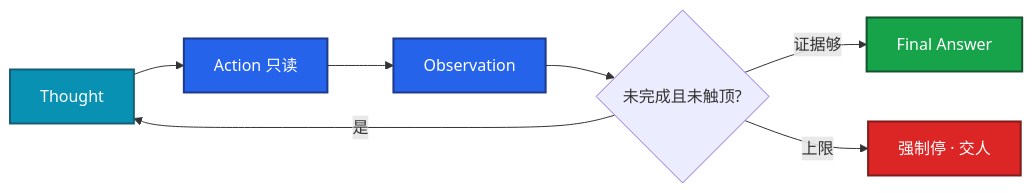
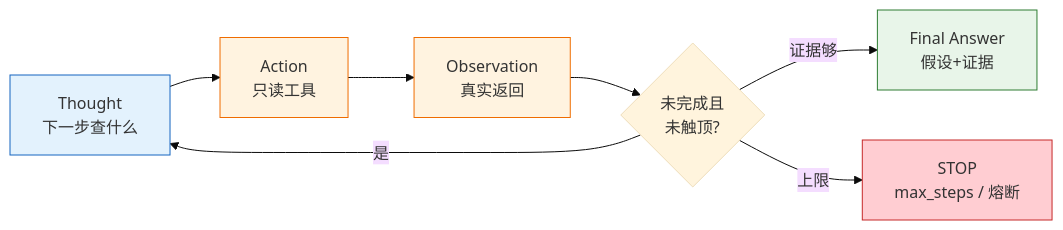
Before and after one commit to ml-cuizijun/LearnToLilith: the first of 5 diagrams in 09-AI与智能运维/06-Agent智能体/知识点.md, drawn with Mermaid. The commit also changed other lines of this file and 213 other files, not shown here.

````diff
--- a/09-AI与智能运维/06-Agent智能体/知识点.md
+++ b/09-AI与智能运维/06-Agent智能体/知识点.md
@@ -158,18 +41,20 @@
 ```mermaid
+%%{init: {"theme": "base", "flowchart": {"padding": 16}}}%%
 flowchart LR
-    A[Thought] --> B[Action 只读]
-    B --> C[Observation]
-    C --> D{未完成且未触顶?}
-    D -->|是| A
-    D -->|证据够| E[Final Answer]
-    D -->|上限| F[强制停 · 交人]
+    classDef thought fill:#e3f2fd,stroke:#1565c0
+    classDef action fill:#fff3e0,stroke:#ef6c00
+    classDef ok fill:#e8f5e9,stroke:#2e7d32
+    classDef stop fill:#ffcdd2,stroke:#c62828
 
-    classDef a fill:#0891B2,stroke:#155E75,stroke-width:2px,color:#fff
-    classDef b fill:#2563EB,stroke:#1E3A8A,stroke-width:2px,color:#fff
-    classDef ok fill:#16A34A,stroke:#14532D,stroke-width:2px,color:#fff
-    classDef bad fill:#DC2626,stroke:#7F1D1D,stroke-width:2px,color:#fff
-    class A a
-    class B,C b
-    class E ok
-    class F bad
+    T["Thought<br/>下一步查什么"]:::thought
+    A["Action<br/>只读工具"]:::action
+    O["Observation<br/>真实返回"]:::action
+    D{未完成且<br/>未触顶?}
+    F["Final Answer<br/>假设+证据"]:::ok
+    S["STOP<br/>max_steps / 熔断"]:::stop
+
+    T --> A --> O --> D
+    D -->|是| T
+    D -->|证据够| F
+    D -->|上限| S
 ```
````
